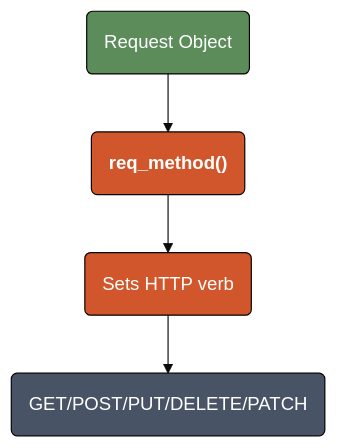
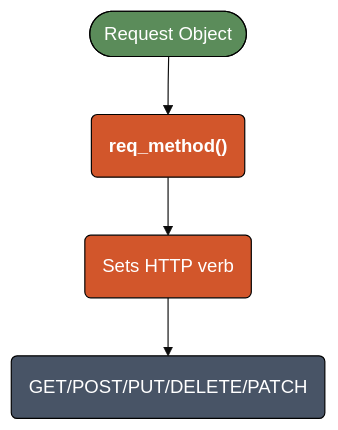
Before and after one commit to mjfrigaard/do4ds-labs: the second of 6 diagrams in r-app-api.qmd, drawn with Mermaid. The commit also changed other lines of this file and 19 other files, not shown here.

````diff
--- a/r-app-api.qmd
+++ b/r-app-api.qmd
@@ -298,17 +300,17 @@
 ```{mermaid}
 %%| fig-cap: 'Setting the HTTP Method'
 %%| fig-width: 6.5
 %%| fig-align: 'center'
 %%{init: {'theme': 'base', 'themeVariables': {'fontFamily': 'monospace'}}}%%
 
 graph TD
-	A("Request Object") --> B("<strong>req_method()</strong>")
+	A(["Request Object"]) --> B("<strong>req_method()</strong>")
 	B --> C("Sets HTTP verb")
 	C --> D("GET/POST/PUT/DELETE/PATCH")
     style A fill:#5B8C5A,stroke:#000000,stroke-width:1px,color:#ffffff
     style B fill:#D2562B,stroke:#000000,stroke-width:1px,color:#ffffff
     style C fill:#D2562B,stroke:#000000,stroke-width:1px,color:#ffffff
     style D fill:#485466,stroke:#000000,stroke-width:1px,color:#ffffff
 
 
 ```
````
